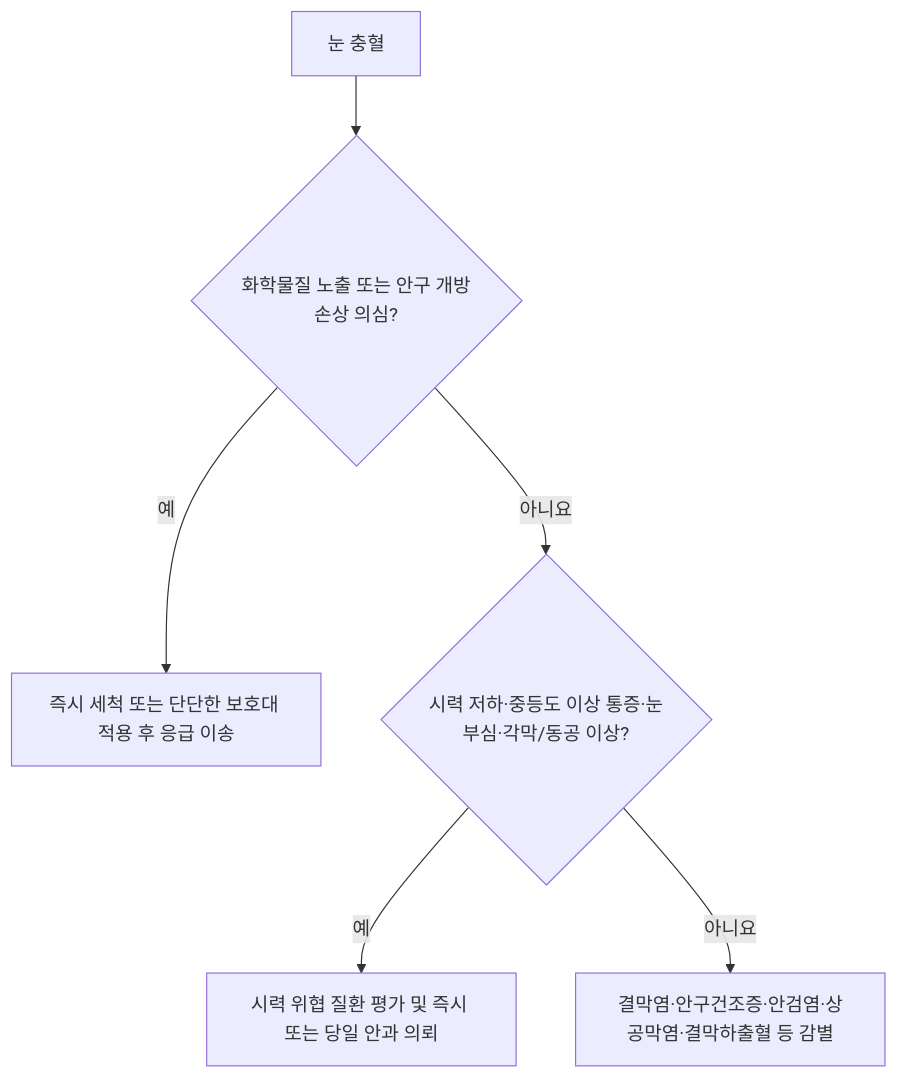
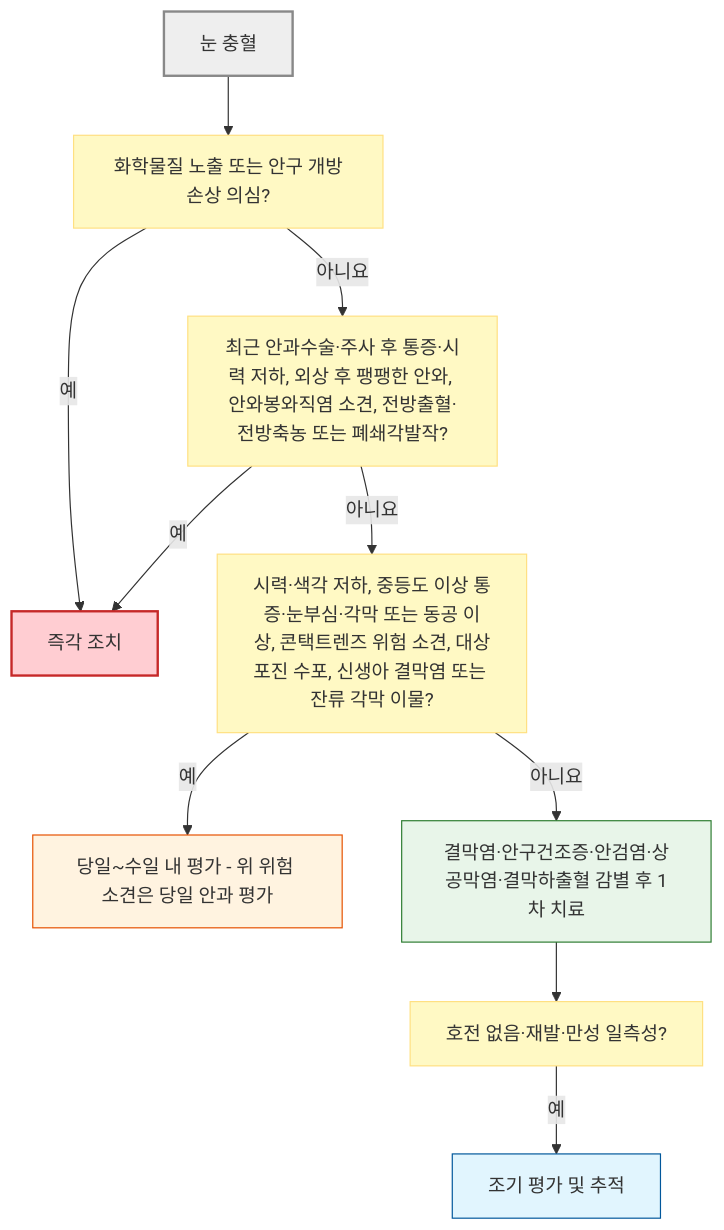
Before and after one commit to familyoh77/familyoh77: the first of 2 diagrams in 222_/037_-red-eye.md, drawn with Mermaid. The commit also changed other lines of this file, not shown here.

````diff
--- a/222_/037_-red-eye.md
+++ b/222_/037_-red-eye.md
@@ -105,8 +125,21 @@
 ```mermaid
 flowchart TD
-    A["눈 충혈"] --> B{"화학물질 노출 또는 안구 개방손상 의심?"}
-    B -- "예" --> C["즉시 세척 또는 단단한 보호대 적용 후 응급 이송"]
-    B -- "아니요" --> D{"시력 저하·중등도 이상 통증·눈부심·각막/동공 이상?"}
-    D -- "예" --> E["시력 위협 질환 평가 및 즉시 또는 당일 안과 의뢰"]
-    D -- "아니요" --> F["결막염·안구건조증·안검염·상공막염·결막하출혈 등 감별"]
+    A["눈 충혈"] --> B["화학물질 노출 또는 안구 개방손상 의심?"]
+    B -- "예" --> C["즉각 조치"]
+    B -- "아니요" --> D["최근 안과수술·주사 후 통증·시력 저하, 외상 후 팽팽한 안와, 안와봉와직염 소견, 전방출혈·전방축농 또는 폐쇄각발작?"]
+    D -- "예" --> C
+    D -- "아니요" --> E["시력·색각 저하, 중등도 이상 통증·눈부심·각막 또는 동공 이상, 콘택트렌즈 위험 소견, 대상포진 수포, 신생아 결막염 또는 잔류 각막 이물?"]
+    E -- "예" --> F["당일~수일 내 평가 - 위 위험 소견은 당일 안과 평가"]
+    E -- "아니요" --> G["결막염·안구건조증·안검염·상공막염·결막하출혈 감별 후 1차 치료"]
+    G --> H["호전 없음·재발·만성 일측성?"]
+    H -- "예" --> I["조기 평가 및 추적"]
+    style A fill:#eeeeee,stroke:#888888,stroke-width:2px
+    style B fill:#fff9c4,stroke:#ffe082
+    style D fill:#fff9c4,stroke:#ffe082
+    style E fill:#fff9c4,stroke:#ffe082
+    style H fill:#fff9c4,stroke:#ffe082
+    style C fill:#ffcdd2,stroke:#c62828,stroke-width:2px
+    style F fill:#fff3e0,stroke:#e65100
+    style I fill:#e1f5fe,stroke:#01579b
+    style G fill:#e8f5e9,stroke:#2e7d32
 ```
````
